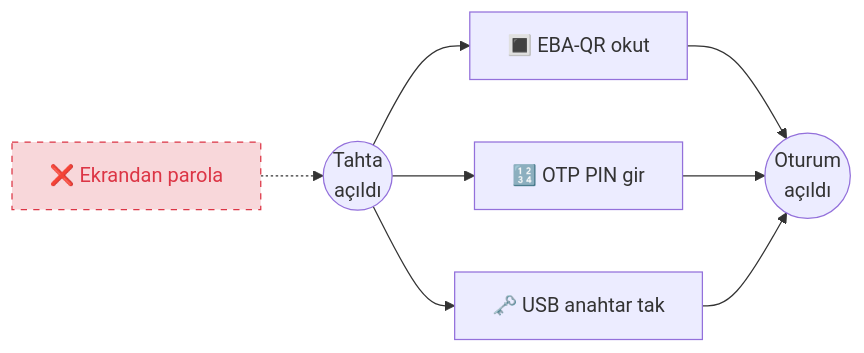
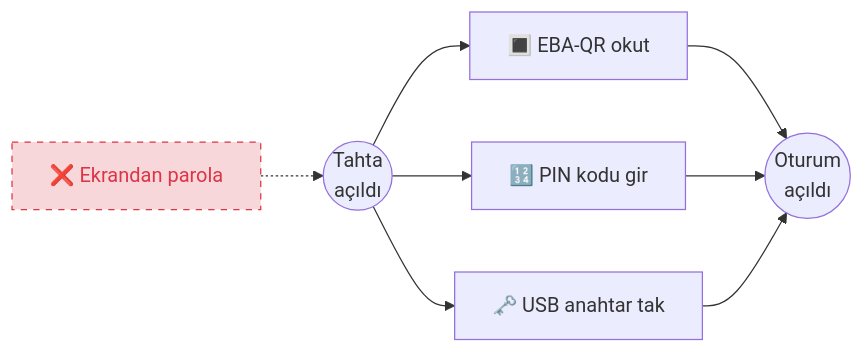
One commit to enseitankado/tiha changed the diagram in README.md. Above: the diagram before and after it, drawn with Mermaid. The commit also changed other lines of this file and 7 other files, not shown here.

````diff
--- a/README.md
+++ b/README.md
@@ -53,13 +31,13 @@
 ```mermaid
 flowchart LR
     T((Tahta<br/>açıldı))
     T --> A[🔳 EBA-QR okut]
-    T --> B[🔢 OTP PIN gir]
+    T --> B[🔢 PIN kodu gir]
     T --> C[🗝️ USB anahtar tak]
     A --> S((Oturum<br/>açıldı))
     B --> S
     C --> S
     X[❌ Ekrandan parola]:::forbidden -.-> T
 
     classDef forbidden stroke:#dc3545,color:#dc3545,stroke-dasharray: 5 5,fill:#f8d7da
 ```
````
